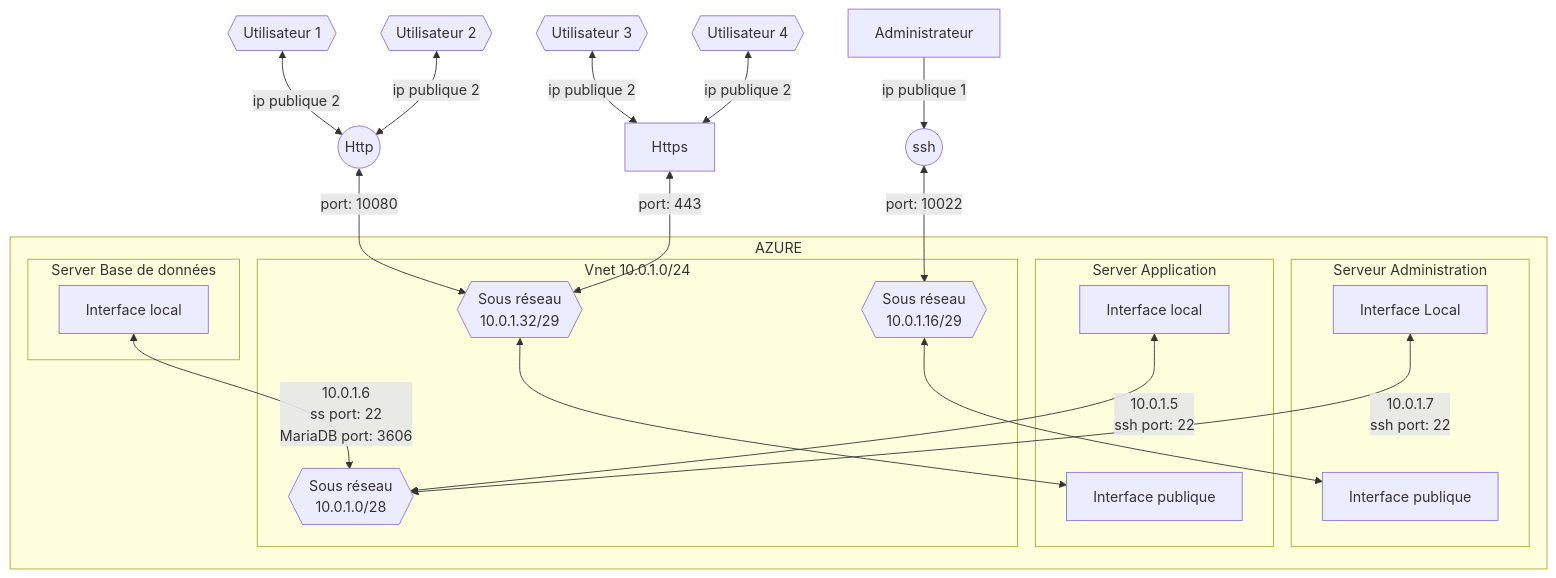
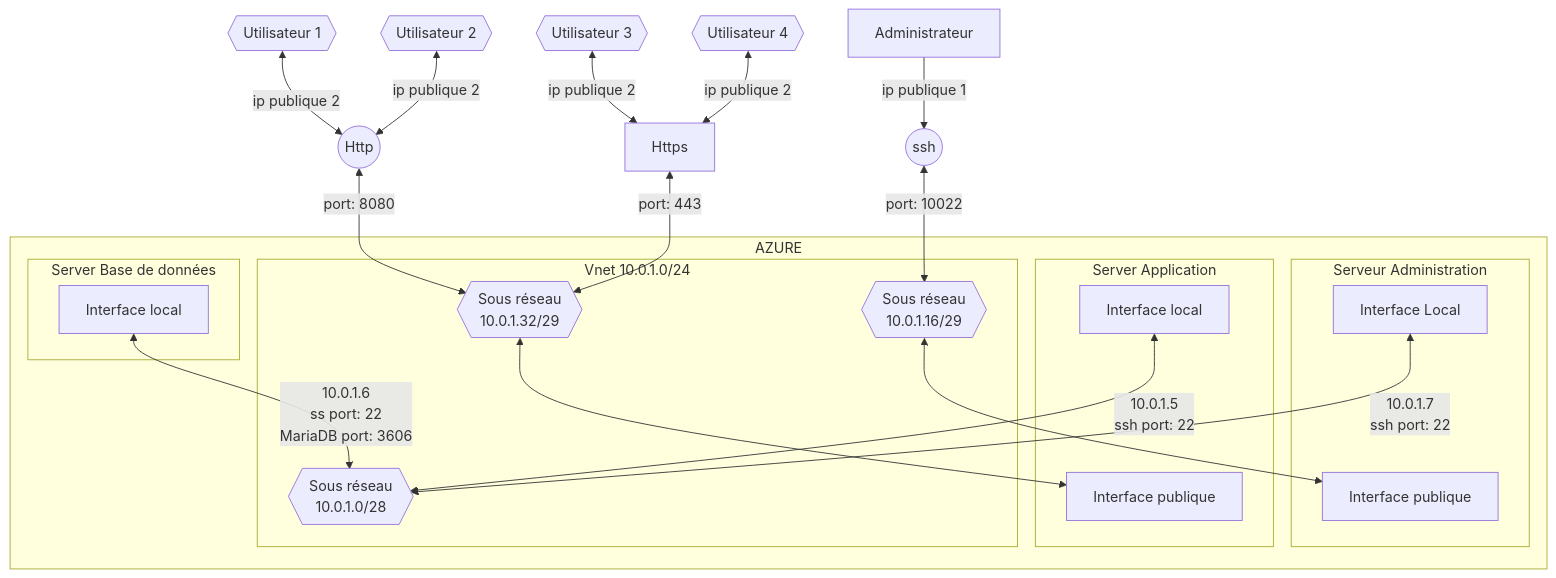
One commit to simplon-gabrielsarais/simplon_brief2 changed the diagram in brief2.md. Above: the diagram before and after it, drawn with Mermaid. The commit also changed other lines of this file, not shown here.

````diff
--- a/brief2.md
+++ b/brief2.md
@@ -778,31 +778,31 @@
 ```mermaid
 flowchart TB
     subgraph AZR [AZURE]
         subgraph Admin [Serveur Administration]
             IntPuAd[Interface publique]
             IntLoAd[Interface Local]
         end
         subgraph App [Server Application]
         IntPuApp[Interface publique]
         IntLoApp[Interface local]
         
         end
         subgraph Bdd [Server Base de données]
         IntLoBdd[Interface local]
         end
         subgraph Vnet [Vnet 10.0.1.0/24]
 
         SR2{{Sous réseau \n 10.0.1.16/29}}
         SR3{{Sous réseau \n 10.0.1.32/29}}
         SR1{{Sous réseau \n 10.0.1.0/28}}
         end
     end
     IntLoAd <--10.0.1.7 \n ssh port: 22--> SR1
     IntLoApp <--10.0.1.5 \n ssh port: 22--> SR1
     IntLoBdd <--10.0.1.6 \n ss port: 22 \n MariaDB port: 3606--> SR1
-    Http((Http)) <--port: 10080--> SR3<-->IntPuApp
+    Http((Http)) <--port: 8080--> SR3<-->IntPuApp
     U1{{Utilisateur 1}} & U2{{ Utilisateur 2}} <--ip publique 2--> Http
     U3{{Utilisateur 3}} & U4{{ Utilisateur 4}} <--ip publique 2--> Https<--port: 443-->SR3
     ssh((ssh))<--port: 10022-->SR2<-->IntPuAd
     admin[Administrateur]--ip publique 1-->ssh
 ```
````
